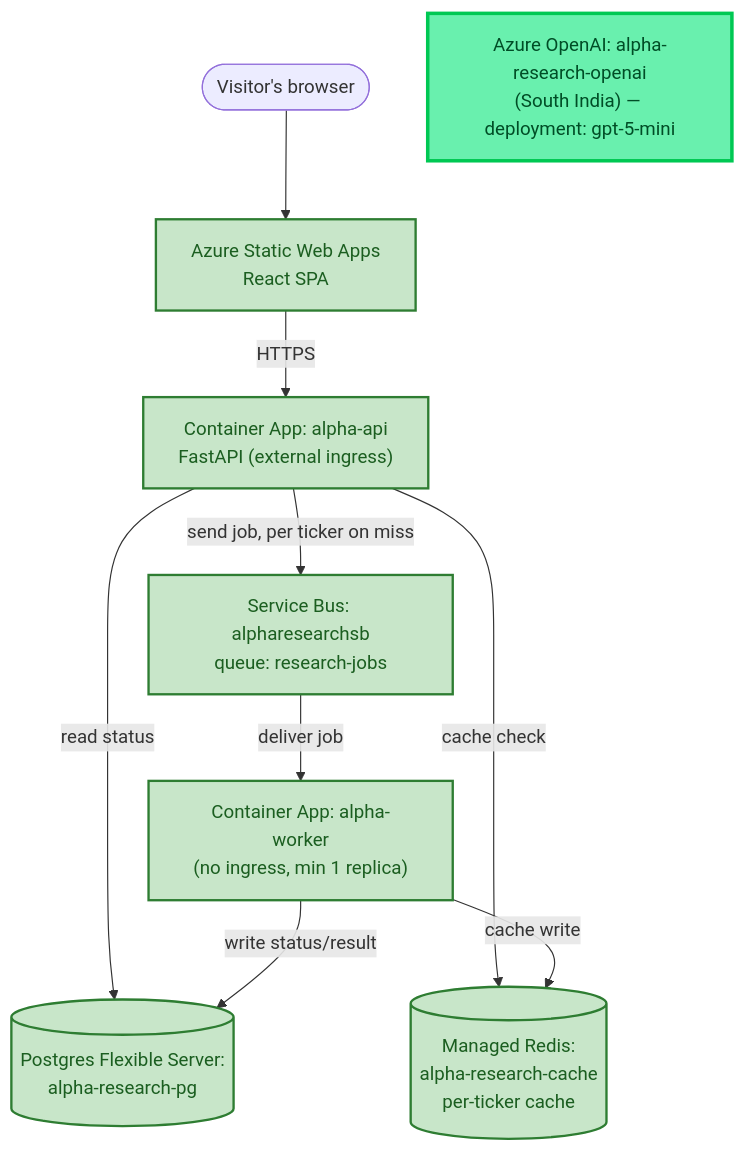
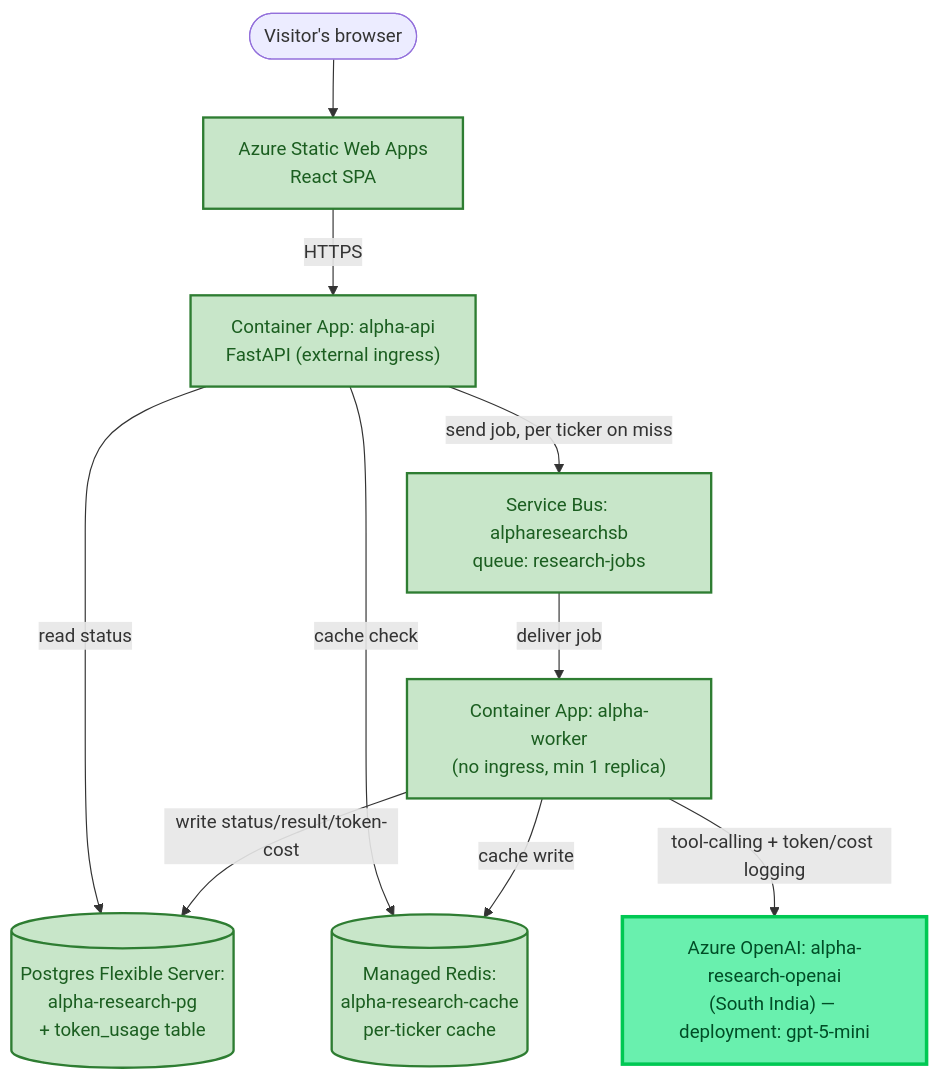
One commit to jovinod/agenticAI changed the third of 3 diagrams in book/chapter-04-the-first-agent.md. Above: the diagram before and after it, drawn with Mermaid. The commit also changed other lines of this file and 5 other files, not shown here.

````diff
--- a/book/chapter-04-the-first-agent.md
+++ b/book/chapter-04-the-first-agent.md
@@ -416,25 +442,26 @@
 ```mermaid
 flowchart TB
     User(["Visitor's browser"])
     SWA["Azure Static Web Apps<br/>React SPA"]
     API["Container App: alpha-api<br/>FastAPI (external ingress)"]
     SB["Service Bus: alpharesearchsb<br/>queue: research-jobs"]
     Worker["Container App: alpha-worker<br/>(no ingress, min 1 replica)"]
-    PG[("Postgres Flexible Server:<br/>alpha-research-pg")]
+    PG[("Postgres Flexible Server:<br/>alpha-research-pg<br/>+ token_usage table")]
     Redis[("Managed Redis:<br/>alpha-research-cache<br/>per-ticker cache")]
     OpenAI["Azure OpenAI: alpha-research-openai<br/>(South India) — deployment: gpt-5-mini"]
 
     User --> SWA
     SWA -->|HTTPS| API
     API -->|send job, per ticker on miss| SB
     SB -->|deliver job| Worker
     API -->|read status| PG
-    Worker -->|write status/result| PG
+    Worker -->|write status/result/token-cost| PG
     API -->|cache check| Redis
     Worker -->|cache write| Redis
+    Worker -->|tool-calling + token/cost logging| OpenAI
 
     classDef existing fill:#c8e6c9,stroke:#2e7d32,stroke-width:2px,color:#1b5e20
     classDef new fill:#69f0ae,stroke:#00c853,stroke-width:3px,color:#004d26
     class SWA,API,SB,Worker,PG,Redis existing
     class OpenAI new
 ```
````
